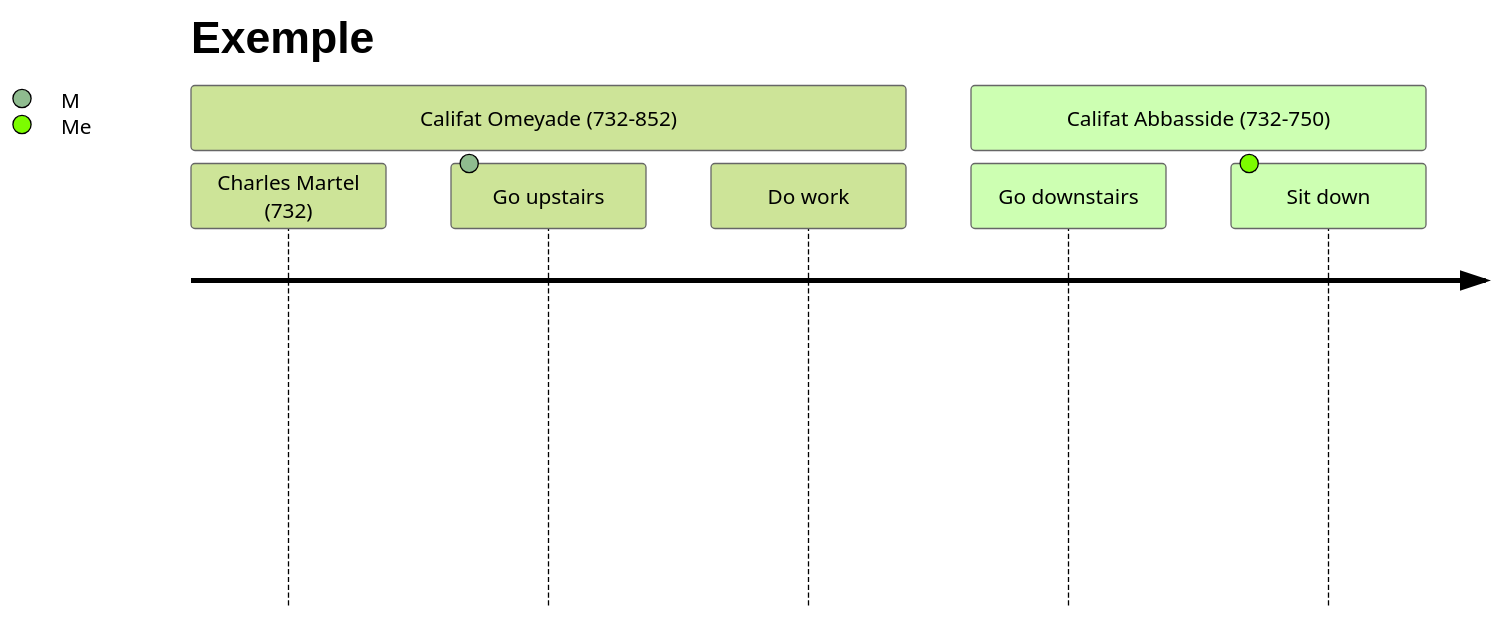
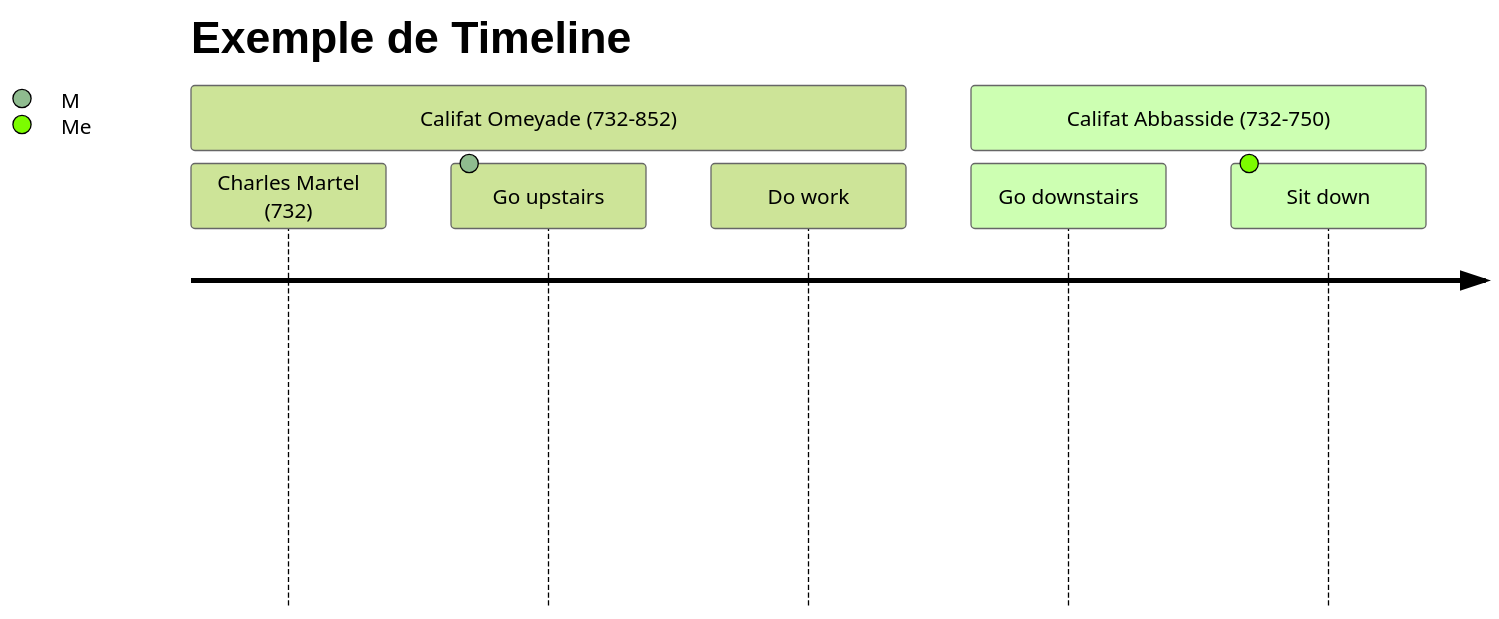
The diagram in Template/tpl-fiche_histoire-geo.md (emysushi/notes), drawn with Mermaid (forest theme) before and after one commit. The commit also changed 2 other files, not shown here.

Commit message:
vault backup: 2023-03-07 21:37:56

````diff
--- a/Template/tpl-fiche_histoire-geo.md
+++ b/Template/tpl-fiche_histoire-geo.md
@@ -37,11 +37,11 @@
 ```mermaid
 journey
-    title Exemple
+    title Exemple de Timeline
     section Califat Omeyade (732-852)
       Charles Martel (732) : 10.5 
       Go upstairs: 10.5 : M
       Do work: 10.5
     section Califat Abbasside (732-750)
       Go downstairs: 10.5
       Sit down: 10.5 : Me
 ```
````
